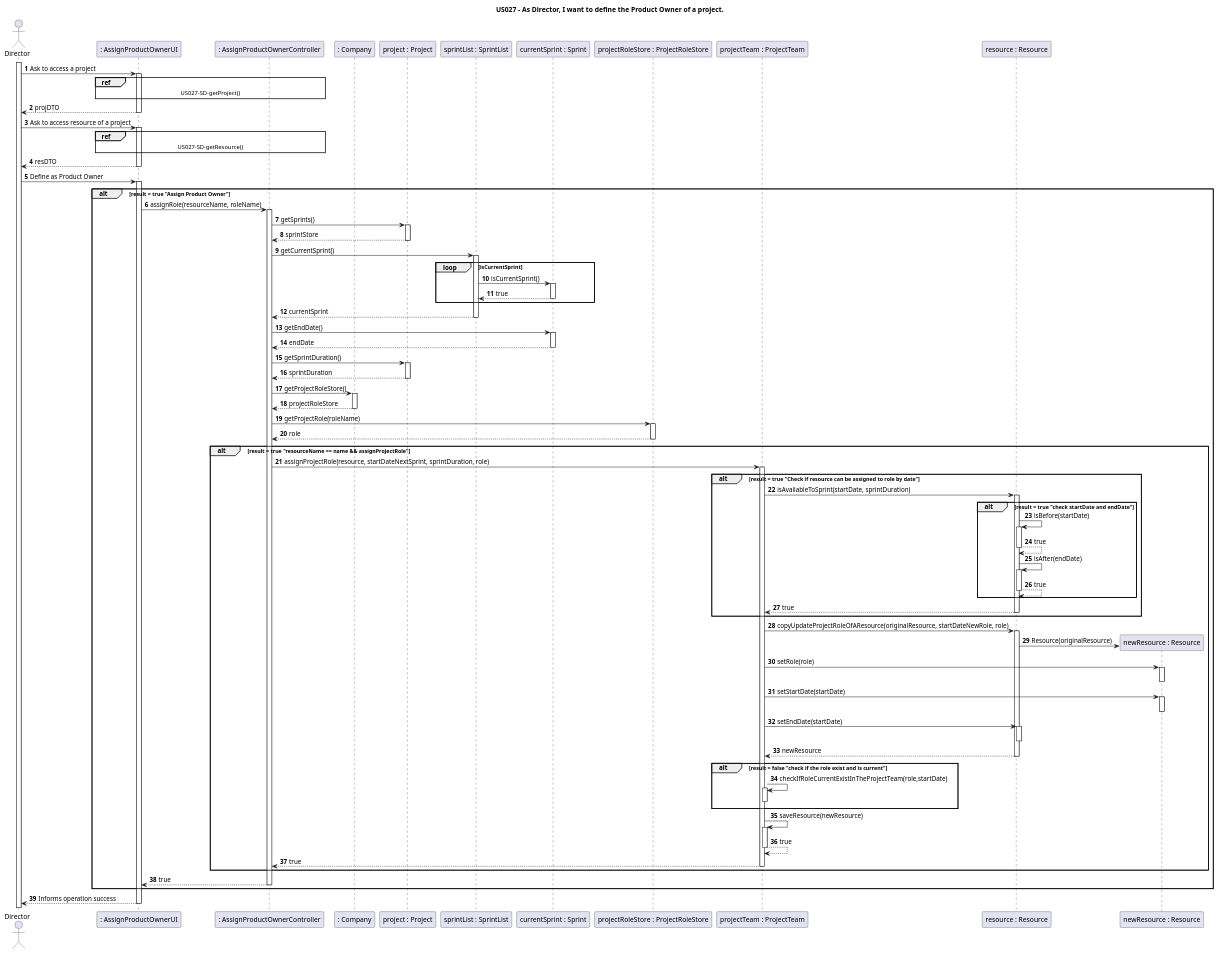
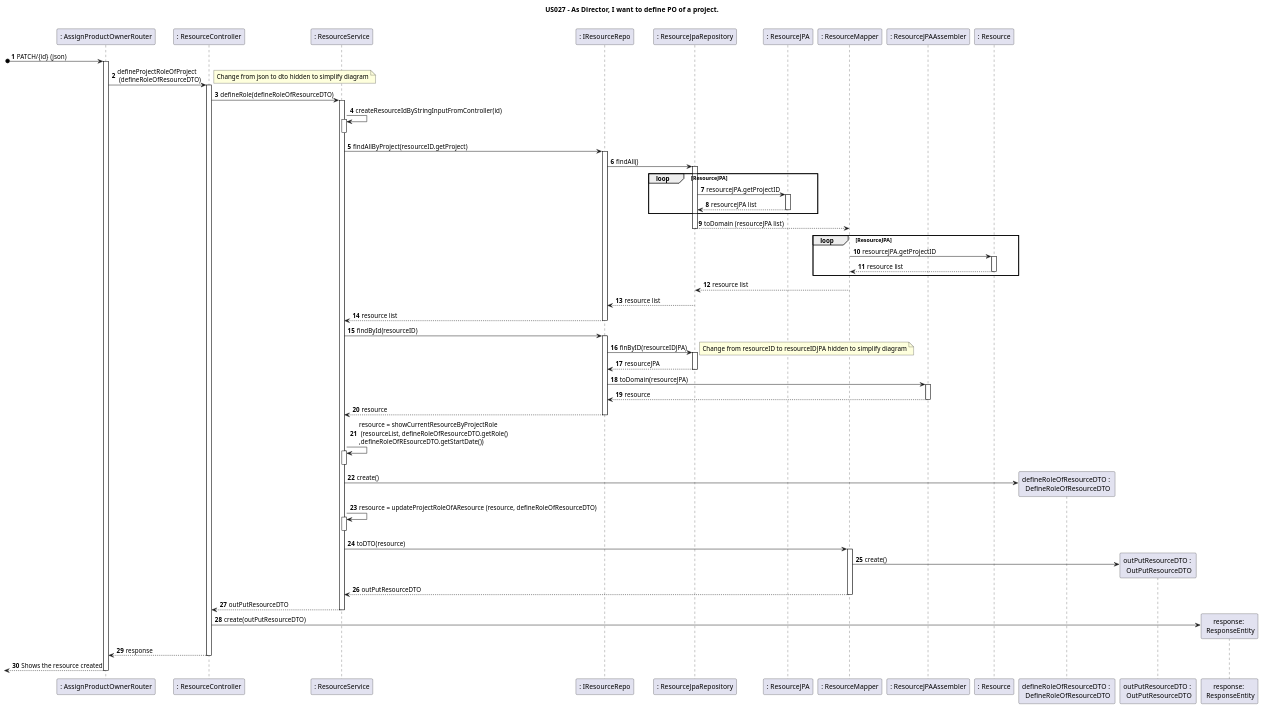
One commit to nunogon1211787/projectManagement changed the diagram in docs/Sprint3/US027/US027-SD.puml. Above: the diagram before and after it, drawn with PlantUML. The commit also changed 28 other files, not shown here.

```diff
--- a/docs/Sprint3/US027/US027-SD.puml
+++ b/docs/Sprint3/US027/US027-SD.puml
@@ -1,82 +1,67 @@
 @startuml
+'https://plantuml.com/sequence-diagram
 
-title "US027 - As Director, I want to define the Product Owner of a project."
+title US027 - As Director, I want to define PO of a project.
+
+autonumber
+
+participant ": AssignProductOwnerRouter" as Route
+participant ": ResourceController" as Ctrl
+participant ": ResourceService" as service
+participant ": IResourceRepo" as iResourceRepo
+participant ": ResourceJpaRepository" as resourceJPARepository
+participant ": ResourceJPA" as resourceJPA
+participant ": ResourceMapper" as mapper
+participant ": ResourceJPAAssembler" as assembler
+participant ": Resource" as resource
+participant "defineRoleOfResourceDTO : \n DefineRoleOfResourceDTO" as defineRoleOfResourceDTO
+participant "outPutResourceDTO : \n OutPutResourceDTO" as outPutResourceDTO
+participant "response: \n ResponseEntity" as json
+
 
 autoactivate on
-autonumber
 
-actor "Director" as Director
-participant ": AssignProductOwnerUI" as UI
-participant ": AssignProductOwnerController" as Controller
-participant ": Company" as Company
-participant "project : Project" as Project
-participant "sprintList : SprintList" as SprintList
-participant "currentSprint : Sprint" as Sprint
-participant "projectRoleStore : ProjectRoleStore" as ProjectRoleStore
-participant "projectTeam : ProjectTeam" as ProjectTeam
-participant "resource : Resource" as OriginalResource
-participant "newResource : Resource" as newResource
-
-activate Director
-
-Director -> UI: Ask to access a project
-    ref over UI, Controller : US027-SD-getProject()
-UI --> Director: projDTO
-
-Director -> UI: Ask to access resource of a project
-    ref over UI, Controller : US027-SD-getResource()
-return resDTO
-
-Director -> UI: Define as Product Owner
-alt result = true "Assign Product Owner"
-    UI -> Controller: assignRole(resourceName, roleName)
-    Controller -> Project: getSprints()
-    return sprintStore
-    Controller -> SprintList: getCurrentSprint()
-        loop isCurrentSprint
-            SprintList -> Sprint: isCurrentSprint()
-            return true
-        end
-    return currentSprint
-    Controller -> Sprint: getEndDate()
-    return endDate
-    Controller -> Project: getSprintDuration()
-    return sprintDuration
-    Controller -> Company: getProjectRoleStore()
-    return projectRoleStore
-    Controller -> ProjectRoleStore: getProjectRole(roleName)
-    return role
-        alt result = true "resourceName == name && assignProjectRole"
-            Controller -> ProjectTeam: assignProjectRole(resource, startDateNextSprint, sprintDuration, role)
-            alt result = true "Check if resource can be assigned to role by date"
-            ProjectTeam -> OriginalResource: isAvailableToSprint(startDate, sprintDuration)
-                alt result = true "check startDate and endDate"
-                OriginalResource -> OriginalResource: isBefore(startDate)
-                return true
-                OriginalResource -> OriginalResource: isAfter(endDate)
-                return true
-                end
-            return true
-            end
-            ProjectTeam -> OriginalResource: copyUpdateProjectRoleOfAResource(originalResource, startDateNewRole, role)
-            OriginalResource -> newResource**: Resource(originalResource)
-                ProjectTeam -> newResource: setRole(role)
-                deactivate
-                ProjectTeam -> newResource: setStartDate(startDate)
-                deactivate
-                ProjectTeam -> OriginalResource: setEndDate(startDate)
-                deactivate
-            return newResource
-            alt result = false "check if the role exist and is current"
-                    ProjectTeam -> ProjectTeam: checkIfRoleCurrentExistInTheProjectTeam(role,startDate)
-                    deactivate
-            end
-                    ProjectTeam -> ProjectTeam: saveResource(newResource)
-                    return true
-        return true
-        end
-    return true
+[o-> Route: PATCH/{id} (json)
+Route -> Ctrl: defineProjectRoleOfProject \n (defineRoleOfResourceDTO)
+note right
+Change from json to dto hidden to simplify diagram
+end note
+Ctrl -> service: defineRole(defineRoleOfResourceDTO)
+service -> service: createResourceIdByStringInputFromController(id)
+deactivate
+service -> iResourceRepo: findAllByProject(resourceID.getProject)
+iResourceRepo -> resourceJPARepository: findAll()
+loop ResourceJPA
+resourceJPARepository -> resourceJPA: resourceJPA.getProjectID
+return resourceJPA list
 end
-return Informs operation success
-
+resourceJPARepository --> mapper: toDomain (resourceJPA list)
+loop ResourceJPA
+mapper -> resource: resourceJPA.getProjectID
+return resource list
+end
+mapper --> resourceJPARepository: resource list
+resourceJPARepository --> iResourceRepo: resource list
+iResourceRepo --> service: resource list
+service -> iResourceRepo: findById(resourceID)
+iResourceRepo -> resourceJPARepository: finByID(resourceIDJPA)
+note right
+Change from resourceID to resourceIDJPA hidden to simplify diagram
+end note
+resourceJPARepository --> iResourceRepo: resourceJPA
+iResourceRepo -> assembler: toDomain(resourceJPA)
+assembler --> iResourceRepo: resource
+iResourceRepo --> service: resource
+service -> service: resource = showCurrentResourceByProjectRole \n (resourceList, defineRoleOfResourceDTO.getRole() \n,defineRoleOfREsourceDTO.getStartDate())
+deactivate
+service -> defineRoleOfResourceDTO ** : create()
+service -> service: resource = updateProjectRoleOfAResource (resource, defineRoleOfResourceDTO)
+deactivate
+service -> mapper: toDTO(resource)
+mapper -> outPutResourceDTO **: create()
+mapper --> service: outPutResourceDTO
+service --> Ctrl: outPutResourceDTO
+Ctrl -> json **: create(outPutResourceDTO)
+Ctrl --> Route: response
+[<--Route : Shows the resource created
 @enduml
```
